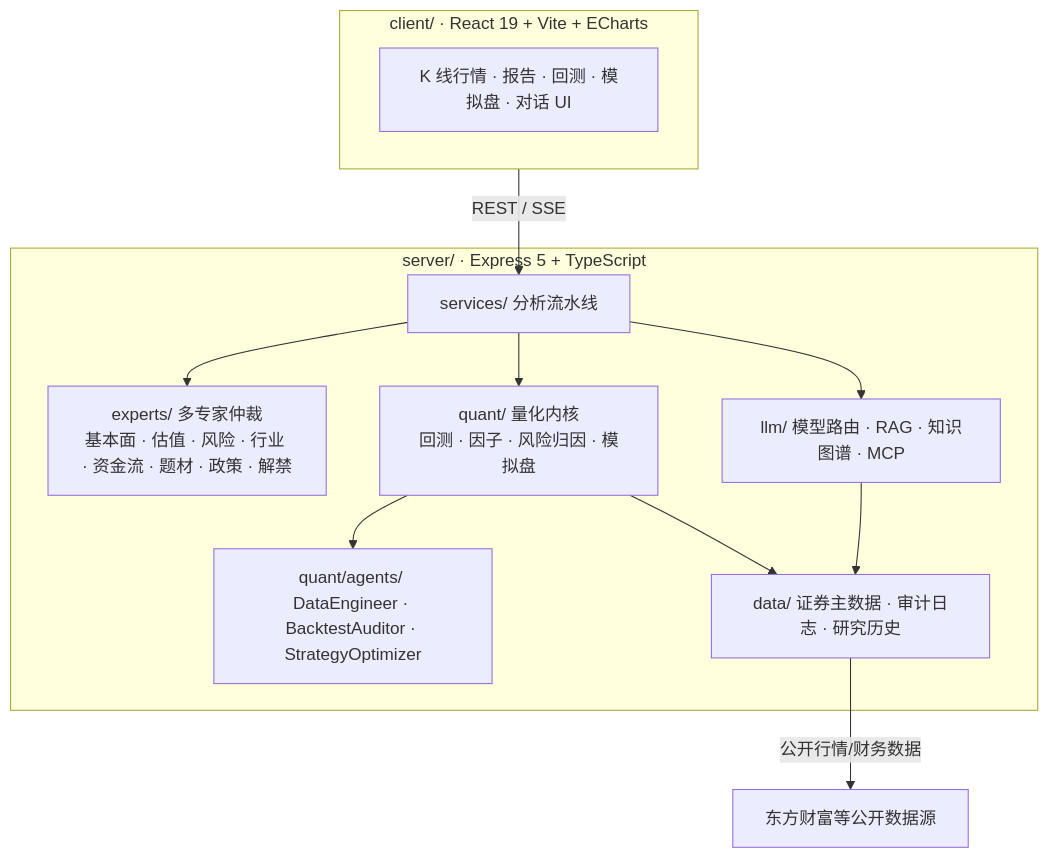
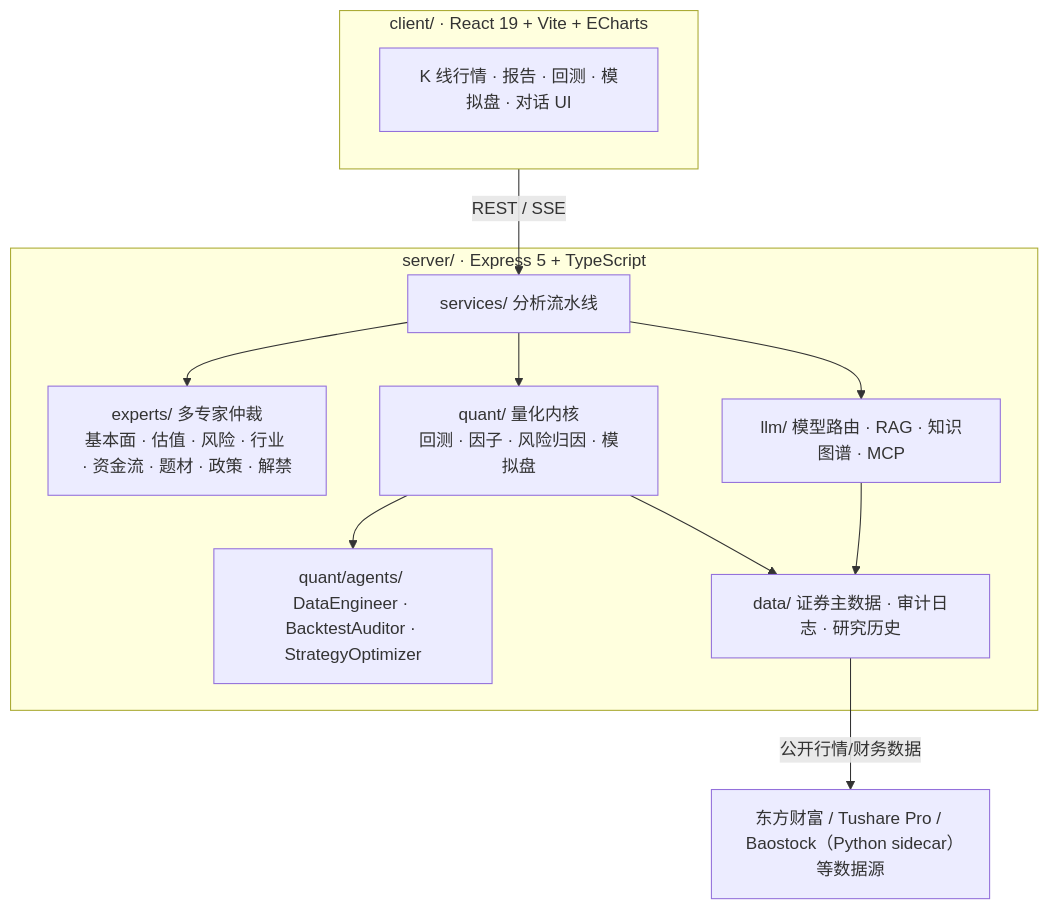
One commit to xiaomaozjj666/stock-research-system changed the diagram in README.md. Above: the diagram before and after it, drawn with Mermaid. The commit also changed other lines of this file and 3 other files, not shown here.

````diff
--- a/README.md
+++ b/README.md
@@ -18,22 +18,22 @@
 ```mermaid
 flowchart TB
     subgraph CLIENT["client/ · React 19 + Vite + ECharts"]
         K["K 线行情 · 报告 · 回测 · 模拟盘 · 对话 UI"]
     end
     subgraph SERVER["server/ · Express 5 + TypeScript"]
         SV["services/ 分析流水线"]
         EX["experts/ 多专家仲裁<br/>基本面 · 估值 · 风险 · 行业 · 资金流 · 题材 · 政策 · 解禁"]
         Q["quant/ 量化内核<br/>回测 · 因子 · 风险归因 · 模拟盘"]
         QA["quant/agents/ DataEngineer · BacktestAuditor · StrategyOptimizer"]
         LLM["llm/ 模型路由 · RAG · 知识图谱 · MCP"]
         DATA["data/ 证券主数据 · 审计日志 · 研究历史"]
     end
     CLIENT -->|"REST / SSE"| SV
     SV --> EX
     SV --> Q
     Q --> QA
     SV --> LLM
     LLM --> DATA
     Q --> DATA
-    DATA -->|"公开行情/财务数据"| EXT["东方财富等公开数据源"]
+    DATA -->|"公开行情/财务数据"| EXT["东方财富 / Tushare Pro / Baostock（Python sidecar）等数据源"]
 ```
````
